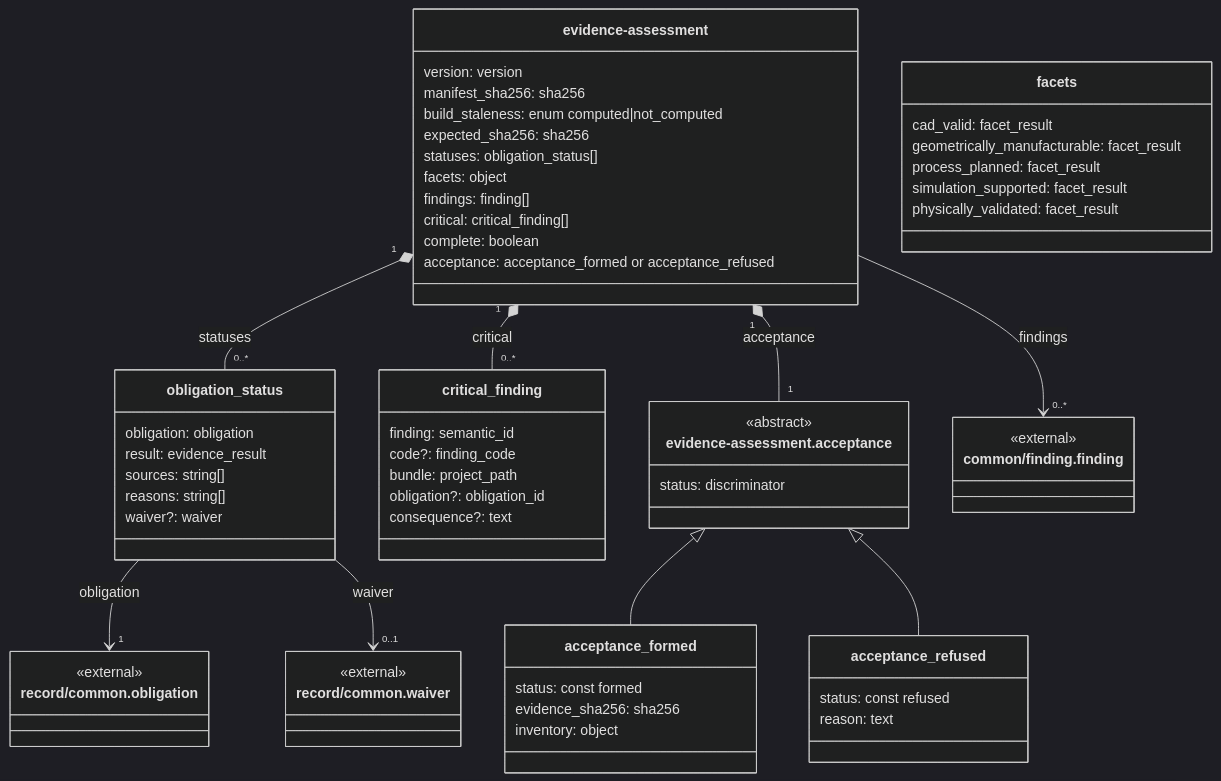
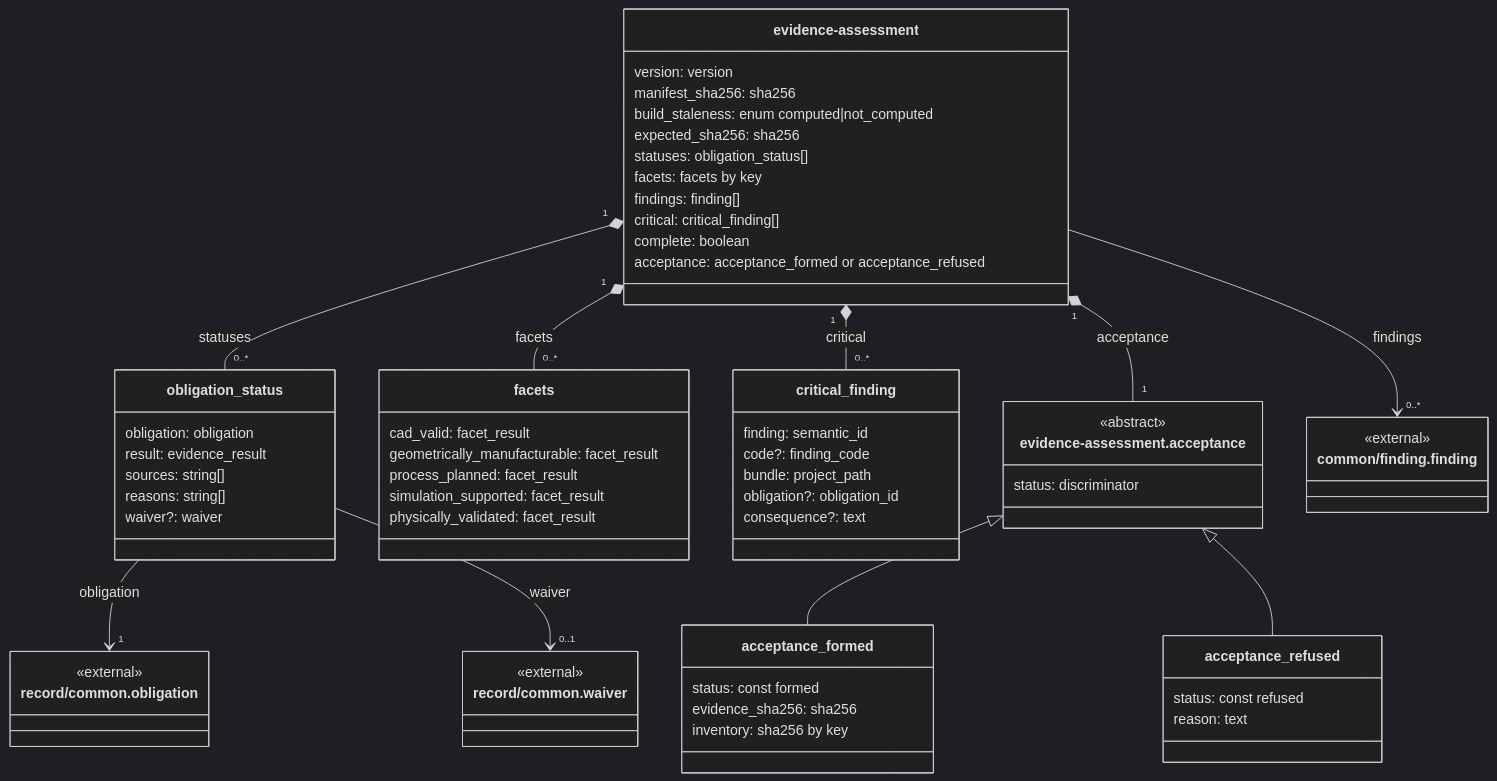
Diagram 11 of 24 in docs/contract/generated/domain-model.md (benchhand/benchhand-next), drawn with Mermaid (dark theme) before and after one commit. The commit also changed other lines of this file and 3 other files, not shown here.

Commit message:
fix(contracts): keep nullability, typed map values, tuples and nested array bounds in the domain model, write literals as JSON, and count the overview's $refs from the schemas

````diff
--- a/docs/contract/generated/domain-model.md
+++ b/docs/contract/generated/domain-model.md
@@ -1382,66 +1396,67 @@
 ```mermaid
 classDiagram
     class record_evidence_assessment["evidence-assessment"] {
         version: version
         manifest_sha256: sha256
         build_staleness: enum computed|not_computed
         expected_sha256: sha256
         statuses: obligation_status[]
-        facets: object
+        facets: facets by key
         findings: finding[]
         critical: critical_finding[]
         complete: boolean
         acceptance: acceptance_formed or acceptance_refused
     }
     class record_evidence_assessment__obligation_status["obligation_status"] {
         obligation: obligation
         result: evidence_result
         sources: string[]
         reasons: string[]
         waiver?: waiver
+    }
+    class record_evidence_assessment__facets["facets"] {
+        cad_valid: facet_result
+        geometrically_manufacturable: facet_result
+        process_planned: facet_result
+        simulation_supported: facet_result
+        physically_validated: facet_result
     }
     class record_evidence_assessment__critical_finding["critical_finding"] {
         finding: semantic_id
         code?: finding_code
         bundle: project_path
         obligation?: obligation_id
         consequence?: text
     }
     class record_evidence_assessment__acceptance["evidence-assessment.acceptance"] {
         <<abstract>>
         status: discriminator
     }
     class record_evidence_assessment__acceptance_formed["acceptance_formed"] {
         status: const formed
         evidence_sha256: sha256
-        inventory: object
+        inventory: sha256 by key
     }
     class record_evidence_assessment__acceptance_refused["acceptance_refused"] {
         status: const refused
         reason: text
-    }
-    class record_evidence_assessment__facets["facets"] {
-        cad_valid: facet_result
-        geometrically_manufacturable: facet_result
-        process_planned: facet_result
-        simulation_supported: facet_result
-        physically_validated: facet_result
     }
     class common_finding["common/finding.finding"] {
         <<external>>
     }
     class record_common__obligation["record/common.obligation"] {
         <<external>>
     }
     class record_common__waiver["record/common.waiver"] {
         <<external>>
     }
     record_evidence_assessment__obligation_status --> "1" record_common__obligation : obligation
     record_evidence_assessment__obligation_status --> "0..1" record_common__waiver : waiver
     record_evidence_assessment "1" *-- "0..*" record_evidence_assessment__obligation_status : statuses
+    record_evidence_assessment "1" *-- "0..*" record_evidence_assessment__facets : facets
     record_evidence_assessment --> "0..*" common_finding : findings
     record_evidence_assessment "1" *-- "0..*" record_evidence_assessment__critical_finding : critical
     record_evidence_assessment__acceptance <|-- record_evidence_assessment__acceptance_formed
     record_evidence_assessment__acceptance <|-- record_evidence_assessment__acceptance_refused
     record_evidence_assessment "1" *-- "1" record_evidence_assessment__acceptance : acceptance
 ```
````
